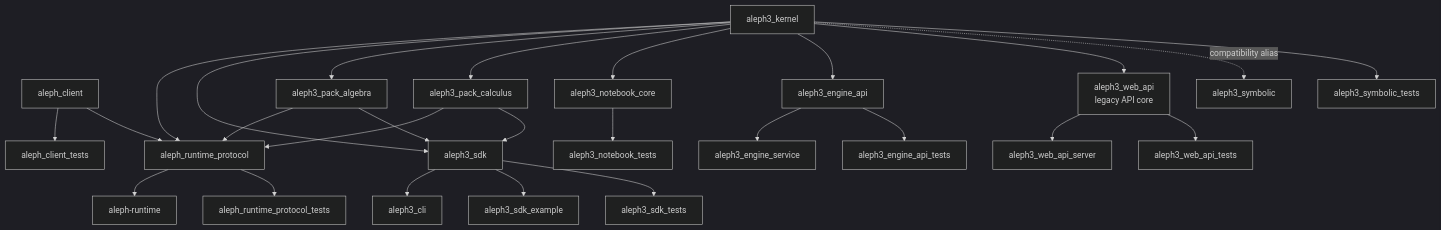
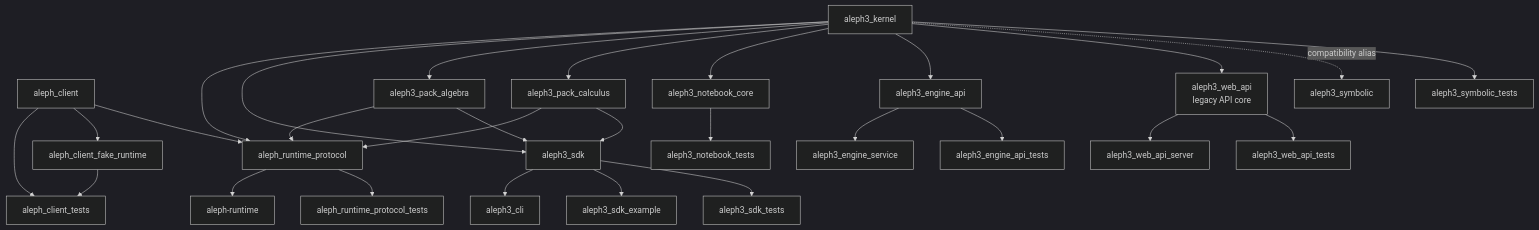
One commit to sergiorf/aleph3 changed the ninth of 10 diagrams in docs/architecture.md. Above: the diagram before and after it, drawn with Mermaid (dark theme). The commit also changed other lines of this file and 15 other files, not shown here.

First line of the commit message:
Implement M3 runtime process client

````diff
--- a/docs/architecture.md
+++ b/docs/architecture.md
@@ -393,28 +393,30 @@
 ```mermaid
 flowchart TD
     AlephClient["aleph_client"] --> AlephClientTests["aleph_client_tests"]
+    AlephClient --> FakeRuntime["aleph_client_fake_runtime"]
+    FakeRuntime --> AlephClientTests
     AlephClient --> RuntimeProtocol["aleph_runtime_protocol"]
     RuntimeProtocol --> RuntimeExe["aleph-runtime"]
     RuntimeProtocol --> RuntimeTests["aleph_runtime_protocol_tests"]
     Kernel --> RuntimeProtocol
     Algebra --> RuntimeProtocol
     Calculus --> RuntimeProtocol
     Kernel["aleph3_kernel"] --> SDK["aleph3_sdk"]
     Kernel --> Algebra["aleph3_pack_algebra"]
     Kernel --> Calculus["aleph3_pack_calculus"]
     Kernel --> NotebookCore["aleph3_notebook_core"]
     Kernel --> EngineApi["aleph3_engine_api"]
     Kernel --> WebApi["aleph3_web_api<br/>legacy API core"]
     Kernel -. compatibility alias .-> Symbolic["aleph3_symbolic"]
     Algebra --> SDK
     Calculus --> SDK
     SDK --> CLI["aleph3_cli"]
     SDK --> Example["aleph3_sdk_example"]
     EngineApi --> EngineSvc["aleph3_engine_service"]
     WebApi --> WebApiServer["aleph3_web_api_server"]
     Kernel --> KernelTests["aleph3_symbolic_tests"]
     NotebookCore --> NotebookTests["aleph3_notebook_tests"]
     EngineApi --> EngineTests["aleph3_engine_api_tests"]
     WebApi --> WebTests["aleph3_web_api_tests"]
     SDK --> SDKTests["aleph3_sdk_tests"]
 ```
````
